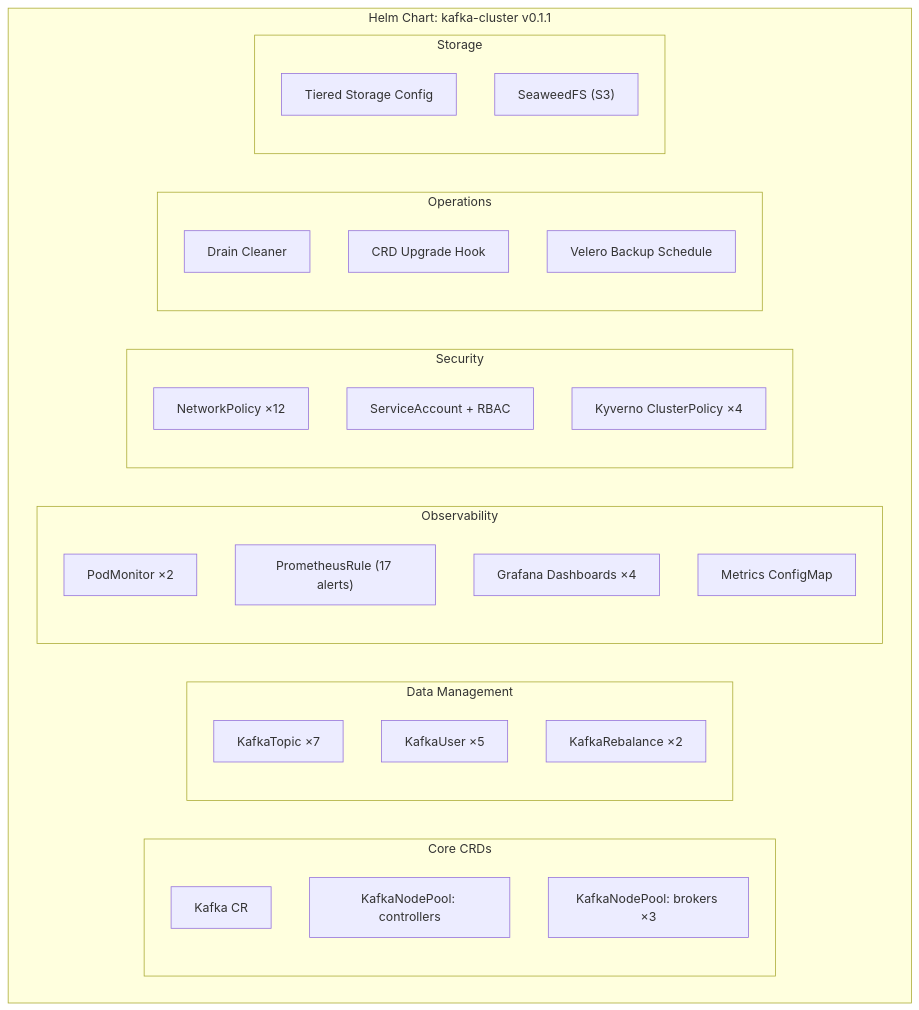
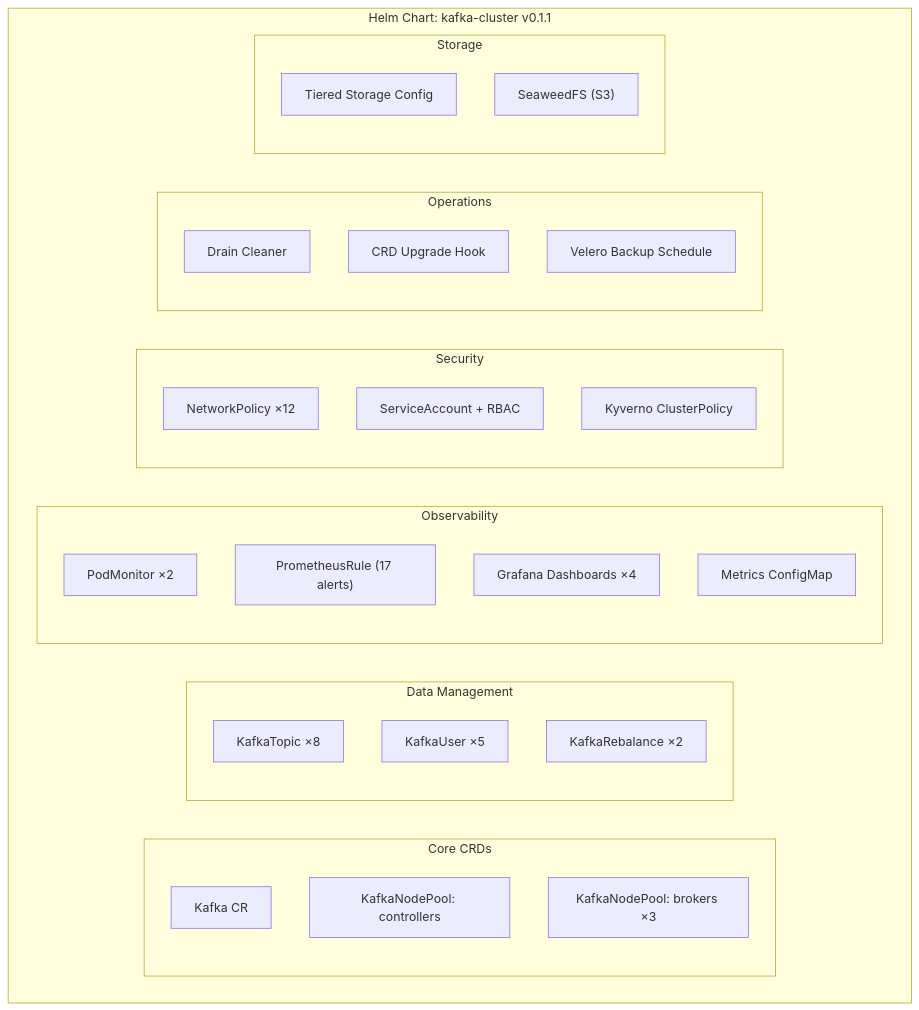
The second of 5 diagrams in docs/book/20-installation-guide.md (actions-marketplace-validations/bmscomp_kates), drawn with Mermaid before and after one commit. The commit also changed other lines of this file and 23 other files, not shown here.

````diff
--- a/docs/book/20-installation-guide.md
+++ b/docs/book/20-installation-guide.md
@@ -630,35 +641,35 @@
 ```mermaid
 graph TD
     subgraph "Helm Chart: kafka-cluster v0.1.1"
         subgraph "Core CRDs"
             KC["Kafka CR"]
             CNP["KafkaNodePool: controllers"]
             BNP["KafkaNodePool: brokers ×3"]
         end
         subgraph "Data Management"
-            T["KafkaTopic ×7"]
+            T["KafkaTopic ×8"]
             U["KafkaUser ×5"]
             RB["KafkaRebalance ×2"]
         end
         subgraph "Observability"
             PM["PodMonitor ×2"]
             PR["PrometheusRule (17 alerts)"]
             GD["Grafana Dashboards ×4"]
             MC["Metrics ConfigMap"]
         end
         subgraph "Security"
             NP["NetworkPolicy ×12"]
             SA["ServiceAccount + RBAC"]
-            KP["Kyverno ClusterPolicy ×4"]
+            KP["Kyverno ClusterPolicy"]
         end
         subgraph "Operations"
             DC["Drain Cleaner"]
             CRD["CRD Upgrade Hook"]
             BK["Velero Backup Schedule"]
         end
         subgraph "Storage"
             TS["Tiered Storage Config"]
             SW["SeaweedFS (S3)"]
         end
     end
 ```
````
